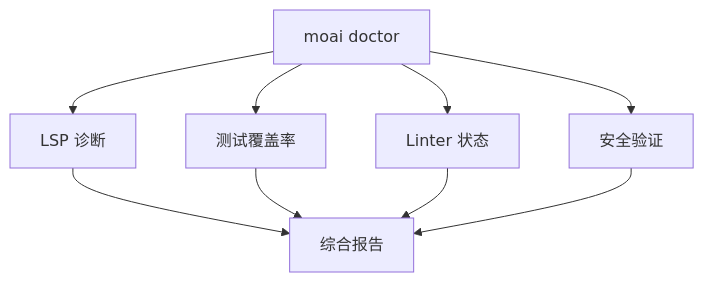
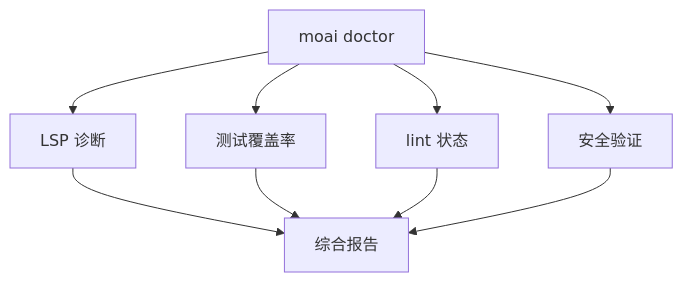
One commit to modu-ai/moai-adk changed the ninth of 9 diagrams in docs-site/content/zh/getting-started/quickstart.md. Above: the diagram before and after it, drawn with Mermaid. The commit also changed other lines of this file and 395 other files, not shown here.

````diff
--- a/docs-site/content/zh/getting-started/quickstart.md
+++ b/docs-site/content/zh/getting-started/quickstart.md
@@ -401,12 +399,12 @@
 ```mermaid
 graph TD
     A["moai doctor"] --> B["LSP 诊断"]
     A --> C["测试覆盖率"]
-    A --> D["Linter 状态"]
+    A --> D["lint 状态"]
     A --> E["安全验证"]
 
     B --> F["综合报告"]
     C --> F
     D --> F
     E --> F
 ```
````
